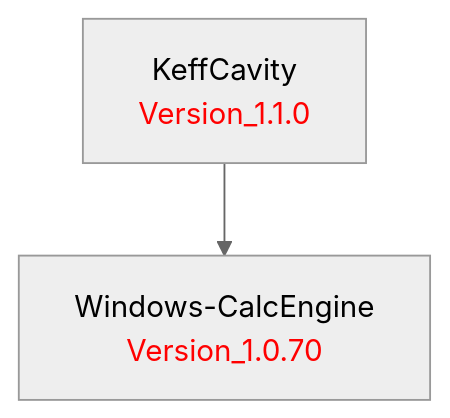
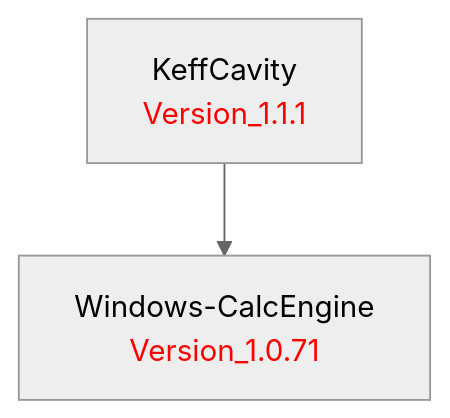
Before and after one commit to LBNL-ETA/KeffCavity: the diagram in doc/KeffCavity.md, drawn with Mermaid (neutral theme).

Commit message:
Sync auto-generated dep chart for v1.1.1

````diff
--- a/doc/KeffCavity.md
+++ b/doc/KeffCavity.md
@@ -1,9 +1,9 @@
 ```mermaid
 graph TD
     %% Package definitions
-    KeffCavity[KeffCavity<br/><font color='red'>Version_1.1.0</font>]
-    WindowsCalcEngine[Windows-CalcEngine<br/><font color='red'>Version_1.0.70</font>]
+    KeffCavity[KeffCavity<br/><font color='red'>Version_1.1.1</font>]
+    WindowsCalcEngine[Windows-CalcEngine<br/><font color='red'>Version_1.0.71</font>]
 
     %% Package relations
     KeffCavity --> WindowsCalcEngine
 ```
````
